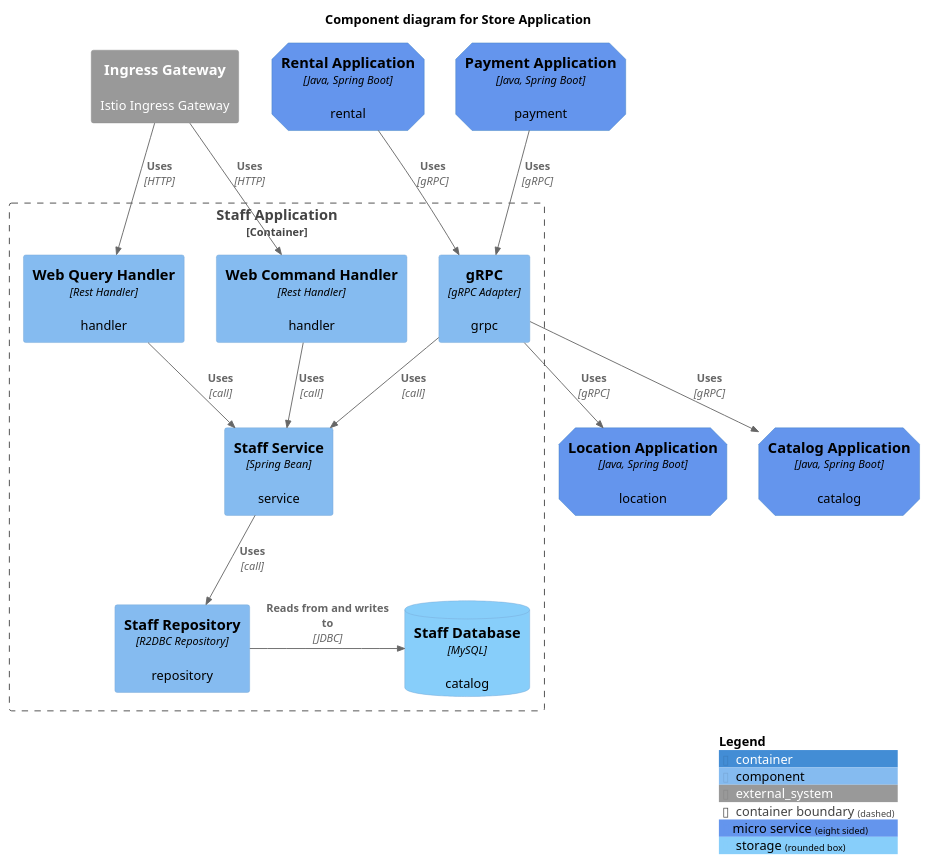
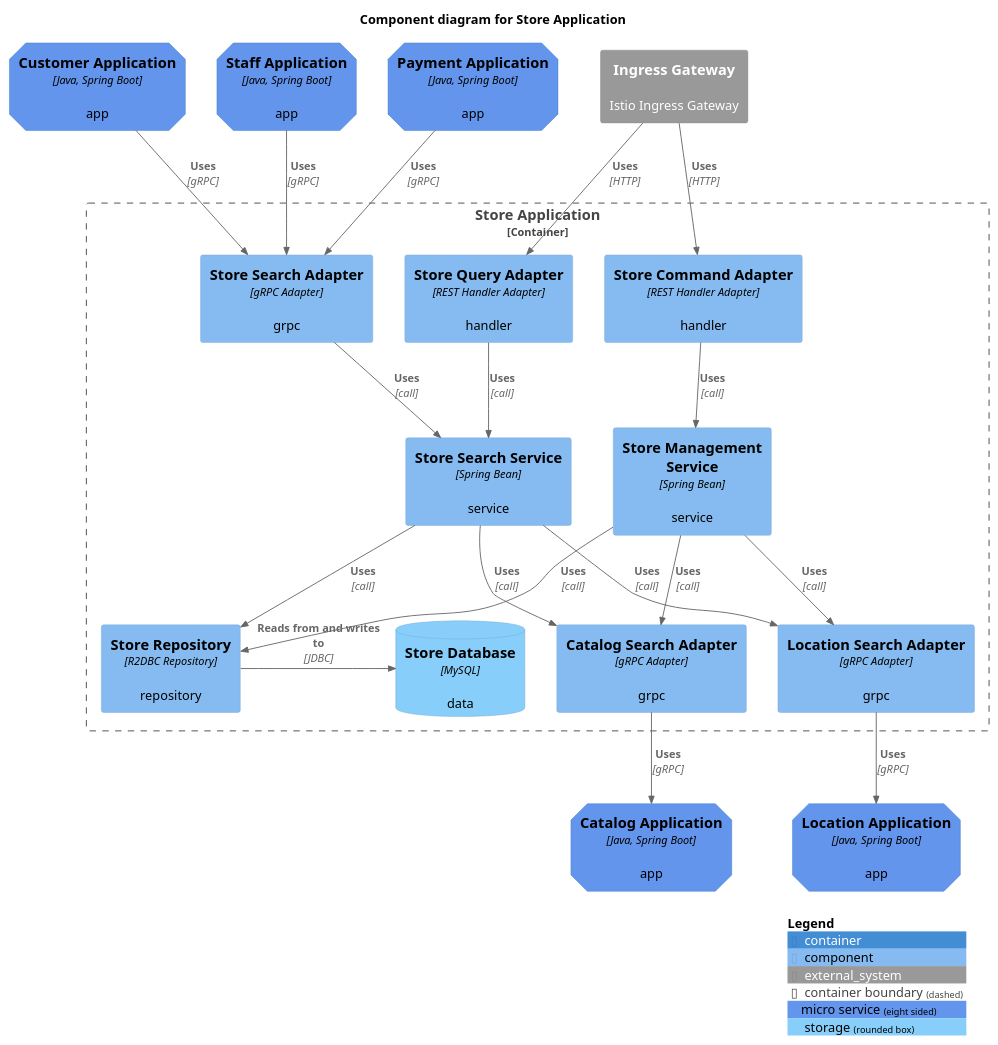
Before and after one commit to codejsha/sakila-microservices: the diagram in diagram/component/store-application.puml, drawn with PlantUML. The commit also changed 16 other files, not shown here.

Commit message:
update diagrams

```diff
--- a/diagram/component/store-application.puml
+++ b/diagram/component/store-application.puml
@@ -1,38 +1,53 @@
 @startuml "store-application"
 !include https://raw.githubusercontent.com/plantuml-stdlib/C4-PlantUML/master/C4_Component.puml
 
 AddElementTag("micro_service", $shape=EightSidedShape(), $bgColor="CornflowerBlue", $fontColor="black", $legendText="micro service\neight sided")
 AddElementTag("storage", $shape=RoundedBoxShape(), $bgColor="lightSkyBlue", $fontColor="black")
 
 title Component diagram for Store Application
 
-Container(rental_app, "Rental Application", "Java, Spring Boot", "rental", $tags = "micro_service")
-Container(payment_app, "Payment Application", "Java, Spring Boot", "payment", $tags = "micro_service")
-Container(catalog_app, "Catalog Application", "Java, Spring Boot", "catalog", $tags = "micro_service")
-Container(location_app, "Location Application", "Java, Spring Boot", "location", $tags = "micro_service")
+Container(customer_app, "Customer Application", "Java, Spring Boot", "app", $tags = "micro_service")
+Container(staff_app, "Staff Application", "Java, Spring Boot", "app", $tags = "micro_service")
+Container(payment_app, "Payment Application", "Java, Spring Boot", "app", $tags = "micro_service")
+Container(catalog_app, "Catalog Application", "Java, Spring Boot", "app", $tags = "micro_service")
+Container(location_app, "Location Application", "Java, Spring Boot", "app", $tags = "micro_service")
 System_Ext(ingress_gateway, "Ingress Gateway", "Istio Ingress Gateway")
 
-Container_Boundary(staff_app, "Staff Application") {
-    Component(command_handler, "Web Command Handler", "Rest Handler", "handler")
-    Component(query_handler, "Web Query Handler", "Rest Handler", "handler")
-    Component(grpc, "gRPC", "gRPC Adapter", "grpc")
-    Component(staff_service, "Staff Service", "Spring Bean", "service")
-    Component(staff_repository, "Staff Repository", "R2DBC Repository", "repository")
-    ComponentDb(staff_db, "Staff Database", "MySQL", "catalog", $tags = "storage")
+Container_Boundary(store_app, "Store Application") {
+    Component(command_adapter, "Store Command Adapter", "REST Handler Adapter", "handler")
+    Component(query_adapter, "Store Query Adapter", "REST Handler Adapter", "handler")
+    Component(store_search_adapter, "Store Search Adapter", "gRPC Adapter", "grpc")
+    Component(catalog_search_adapter, "Catalog Search Adapter", "gRPC Adapter", "grpc")
+    Component(location_search_adapter, "Location Search Adapter", "gRPC Adapter", "grpc")
 
-    Rel(command_handler, staff_service, "Uses", "call")
-    Rel(query_handler, staff_service, "Uses", "call")
-    Rel(staff_service, staff_repository, "Uses", "call")
-    Rel(grpc, staff_service, "Uses", "call")
-    Rel_R(staff_repository, staff_db, "Reads from and writes to", "JDBC")
+    Component(store_mgmt_service, "Store Management Service", "Spring Bean", "service")
+    Component(store_search_service, "Store Search Service", "Spring Bean", "service")
+
+    Component(store_repository, "Store Repository", "R2DBC Repository", "repository")
+    ComponentDb(store_db, "Store Database", "MySQL", "data", $tags = "storage")
+
+    Rel(command_adapter, store_mgmt_service, "Uses", "call")
+    Rel(query_adapter, store_search_service, "Uses", "call")
+    Rel(store_search_adapter, store_search_service, "Uses", "call")
+
+    Rel(store_mgmt_service, store_repository, "Uses", "call")
+    Rel(store_mgmt_service, catalog_search_adapter, "Uses", "call")
+    Rel(store_mgmt_service, location_search_adapter, "Uses", "call")
+    Rel(store_search_service, store_repository, "Uses", "call")
+    Rel(store_search_service, catalog_search_adapter, "Uses", "call")
+    Rel(store_search_service, location_search_adapter, "Uses", "call")
+
+    Rel_R(store_repository, store_db, "Reads from and writes to", "JDBC")
 }
 
-Rel(rental_app, grpc, "Uses", "gRPC")
-Rel(payment_app, grpc, "Uses", "gRPC")
-Rel(grpc, catalog_app, "Uses", "gRPC")
-Rel(grpc, location_app, "Uses", "gRPC")
-Rel(ingress_gateway, command_handler, "Uses", "HTTP")
-Rel(ingress_gateway, query_handler, "Uses", "HTTP")
+Rel(customer_app, store_search_adapter, "Uses", "gRPC")
+Rel(staff_app, store_search_adapter, "Uses", "gRPC")
+Rel(payment_app, store_search_adapter, "Uses", "gRPC")
+Rel(ingress_gateway, command_adapter, "Uses", "HTTP")
+Rel(ingress_gateway, query_adapter, "Uses", "HTTP")
+
+Rel(catalog_search_adapter, catalog_app, "Uses", "gRPC")
+Rel(location_search_adapter, location_app, "Uses", "gRPC")
 
 SHOW_LEGEND()
 @enduml
```
